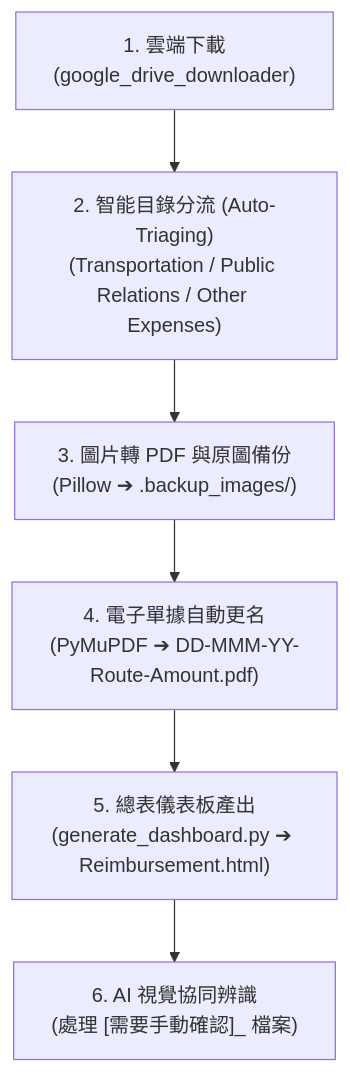
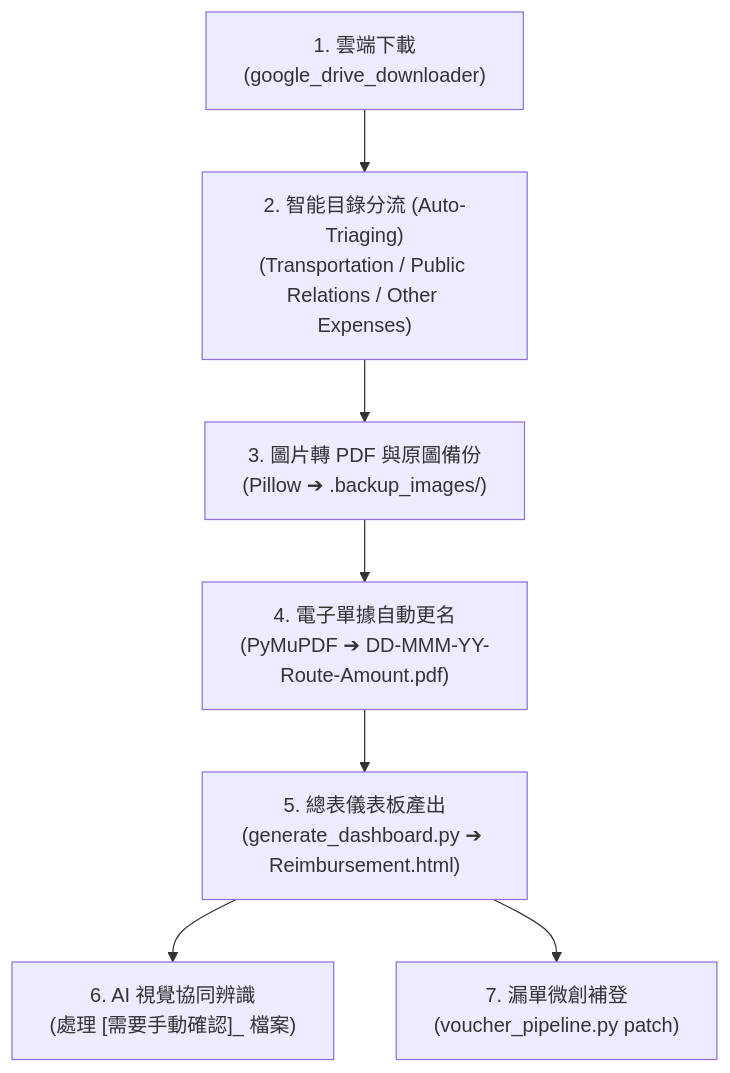
The diagram in .agents/skills/voucher_pipeline_manager/SKILL.md (gyhongyu/voucher-management), drawn with Mermaid before and after one commit. The commit also changed other lines of this file and 2 other files, not shown here.

Commit message:
chore(skills): solidify incremental patch triggers, remove deprecated rename_vouchers.py, and update HANDOFF

````diff
--- a/.agents/skills/voucher_pipeline_manager/SKILL.md
+++ b/.agents/skills/voucher_pipeline_manager/SKILL.md
@@ -50,8 +54,9 @@
 ```mermaid
 graph TD
     A["1. 雲端下載<br/>(google_drive_downloader)"] --> B["2. 智能目錄分流 (Auto-Triaging)<br/>(Transportation / Public Relations / Other Expenses)"]
     B --> C["3. 圖片轉 PDF 與原圖備份<br/>(Pillow ➔ .backup_images/)"]
     C --> D["4. 電子單據自動更名<br/>(PyMuPDF ➔ DD-MMM-YY-Route-Amount.pdf)"]
     D --> E["5. 總表儀表板產出<br/>(generate_dashboard.py ➔ Reimbursement.html)"]
     E --> F["6. AI 視覺協同辨識<br/>(處理 [需要手動確認]_ 檔案)"]
+    E --> G["7. 漏單微創補登<br/>(voucher_pipeline.py patch)"]
 ```
````
